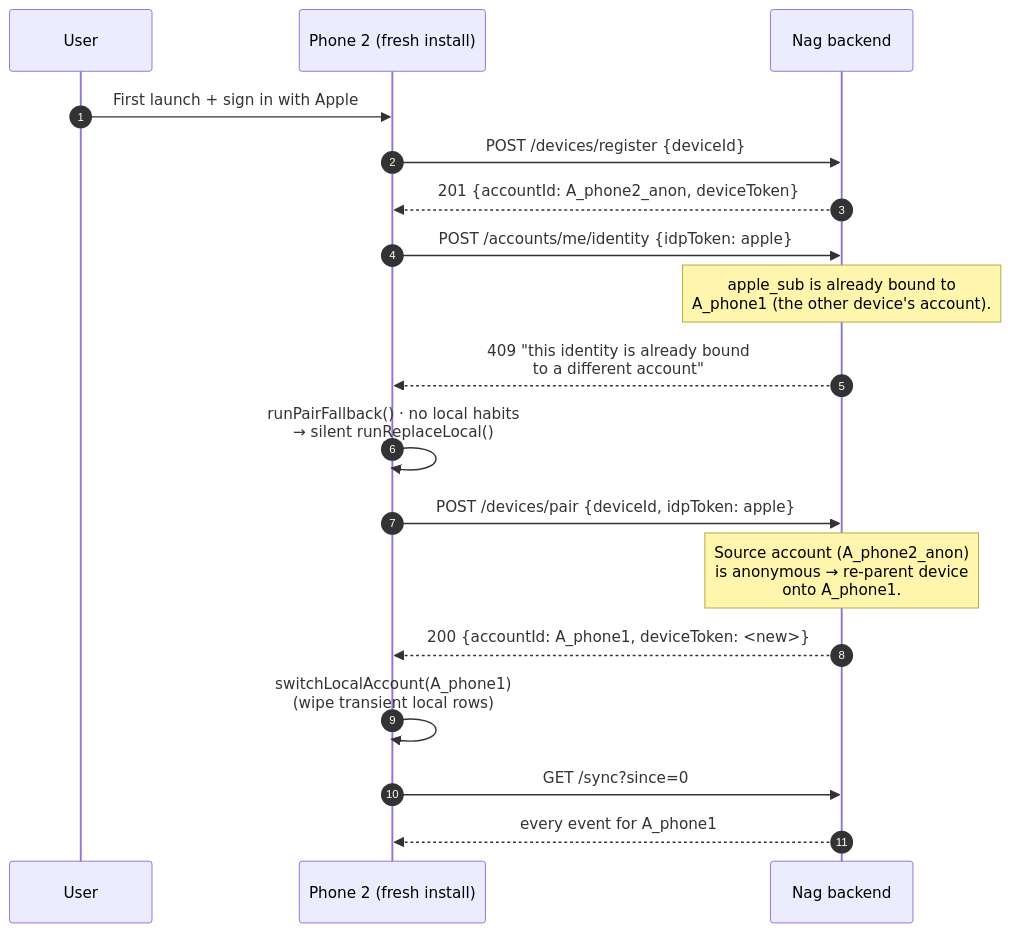
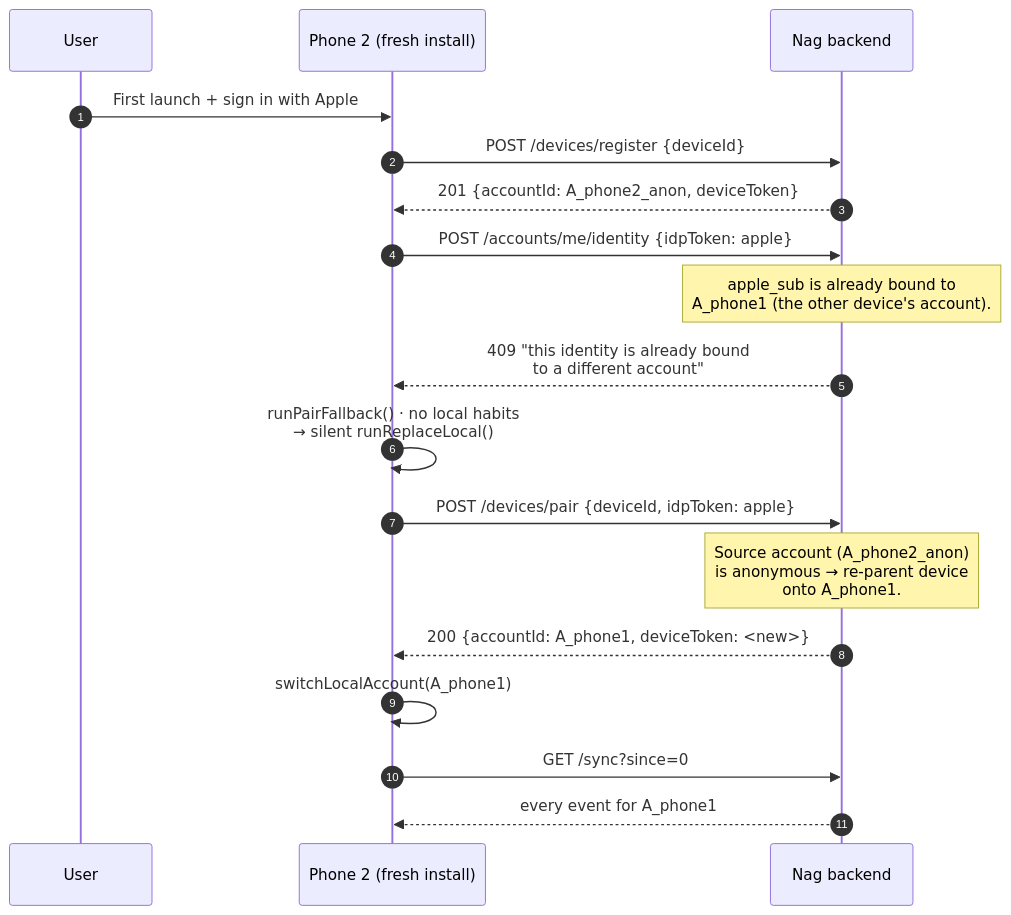
One commit to auctionready/nag changed the ninth of 12 diagrams in docs/IdentityAndAuth.md. Above: the diagram before and after it, drawn with Mermaid. The commit also changed other lines of this file and 12 other files, not shown here.

````diff
--- a/docs/IdentityAndAuth.md
+++ b/docs/IdentityAndAuth.md
@@ -670,21 +606,21 @@
 ```mermaid
 sequenceDiagram
     autonumber
     participant U as User
     participant Phone2 as Phone 2 (fresh install)
     participant Server as Nag backend
 
     U->>Phone2: First launch + sign in with Apple
     Phone2->>Server: POST /devices/register {deviceId}
     Server-->>Phone2: 201 {accountId: A_phone2_anon, deviceToken}
     Phone2->>Server: POST /accounts/me/identity {idpToken: apple}
     Note over Server: apple_sub is already bound to<br/>A_phone1 (the other device's account).
     Server-->>Phone2: 409 "this identity is already bound<br/>to a different account"
     Phone2->>Phone2: runPairFallback() · no local habits<br/>→ silent runReplaceLocal()
     Phone2->>Server: POST /devices/pair {deviceId, idpToken: apple}
     Note over Server: Source account (A_phone2_anon)<br/>is anonymous → re-parent device<br/>onto A_phone1.
     Server-->>Phone2: 200 {accountId: A_phone1, deviceToken: <new>}
-    Phone2->>Phone2: switchLocalAccount(A_phone1)<br/>(wipe transient local rows)
+    Phone2->>Phone2: switchLocalAccount(A_phone1)
     Phone2->>Server: GET /sync?since=0
     Server-->>Phone2: every event for A_phone1
 ```
````
